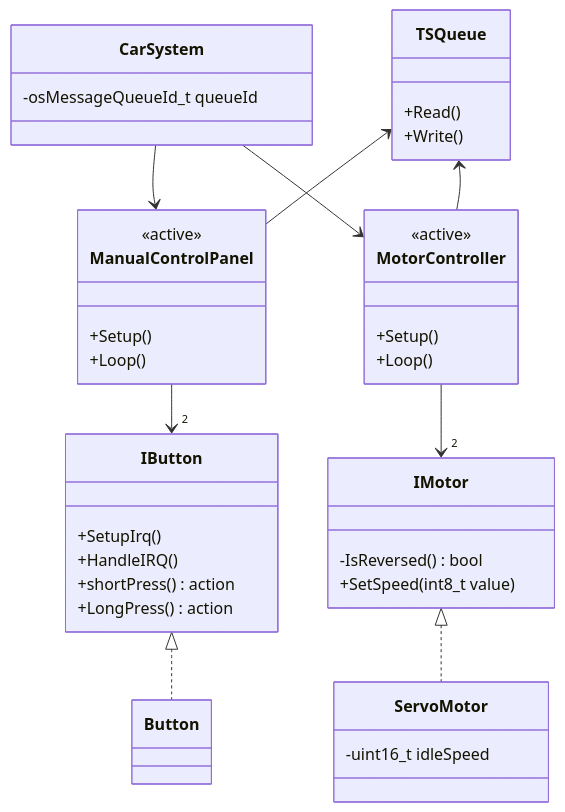
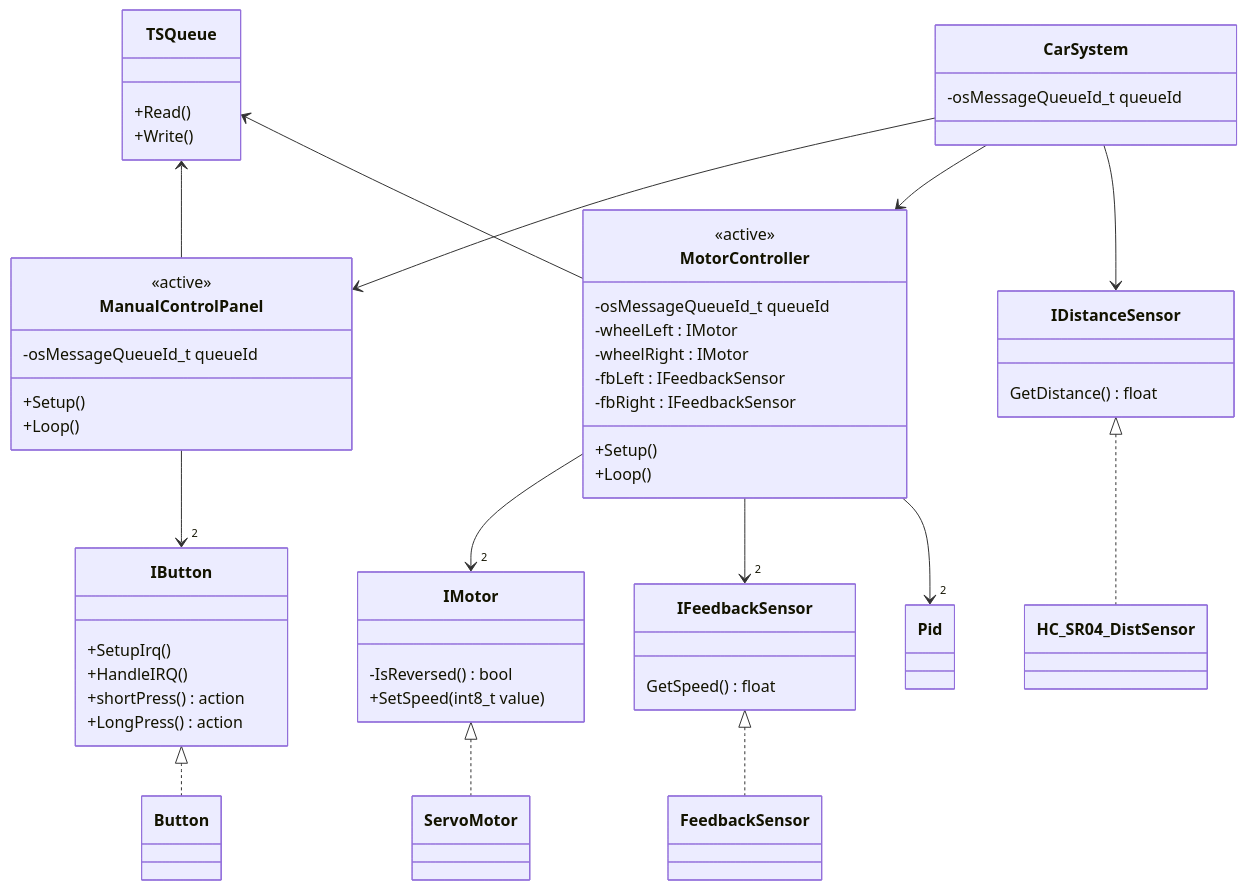
The second of 5 diagrams in ES/car challenge/class diagram.md (gamepro110/t-db3-2324nj), drawn with Mermaid before and after one commit. The commit also changed other lines of this file and 5 other files, not shown here.

````diff
--- a/ES/car challenge/class diagram.md
+++ b/ES/car challenge/class diagram.md
@@ -21,56 +50,71 @@
 ```mermaid
 classDiagram
     class CarSystem {
         -osMessageQueueId_t queueId
     }
+    class TSQueue {
+        +Read()
+        +Write()
+    }
     class MotorController {
         <<active>>
+        -osMessageQueueId_t queueId
+        -wheelLeft : IMotor
+        -wheelRight : IMotor
+        -fbLeft : IFeedbackSensor
+        -fbRight : IFeedbackSensor 
         +Setup()
         +Loop()
     }
     class IMotor {
         -IsReversed() bool
         +SetSpeed(int8_t value)
     }
+    class ServoMotor {
+    }
+    class ManualControlPanel {
+        <<active>>
+        -osMessageQueueId_t queueId
+        +Setup()
+        +Loop()
+    }
     class IButton {
         +SetupIrq()
         +HandleIRQ()
         +shortPress() action
         +LongPress() action
     }
-
-    class ServoMotor {
-        -uint16_t idleSpeed
+    class Button
+    class IDistanceSensor {
+        GetDistance() float
     }
-    class Button
-
-    class ManualControlPanel {
-        <<active>>
-        +Setup()
-        +Loop()
+    class HC_SR04_DistSensor {
     }
-
-    class TSQueue {
-        +Read()
-        +Write()
+    class Pid
+    class IFeedbackSensor {
+        GetSpeed() float
     }
 
     %% *.. == is a
     %% <-- == has a
     %% <|.. == implements interface
 
+    TSQueue <-- ManualControlPanel
+    TSQueue <-- MotorController
+    CarSystem --> ManualControlPanel
+    ManualControlPanel --> "2" IButton
+    IButton <|.. Button
+
     MotorController --> "2" IMotor
-
-    ManualControlPanel --> "2" IButton
+    MotorController --> "2" IFeedbackSensor
+    MotorController --> "2" Pid
 
     IMotor <|.. ServoMotor
-    IButton <|.. Button
 
-    CarSystem --> ManualControlPanel
+    CarSystem --> MotorController
 
-    TSQueue <-- ManualControlPanel
-    TSQueue <-- MotorController
+    CarSystem --> IDistanceSensor
+    IDistanceSensor <|.. HC_SR04_DistSensor
 
-    %%CarSystem --> TSQueue
-    CarSystem --> MotorController
+    IFeedbackSensor <|.. FeedbackSensor
 ```
````
